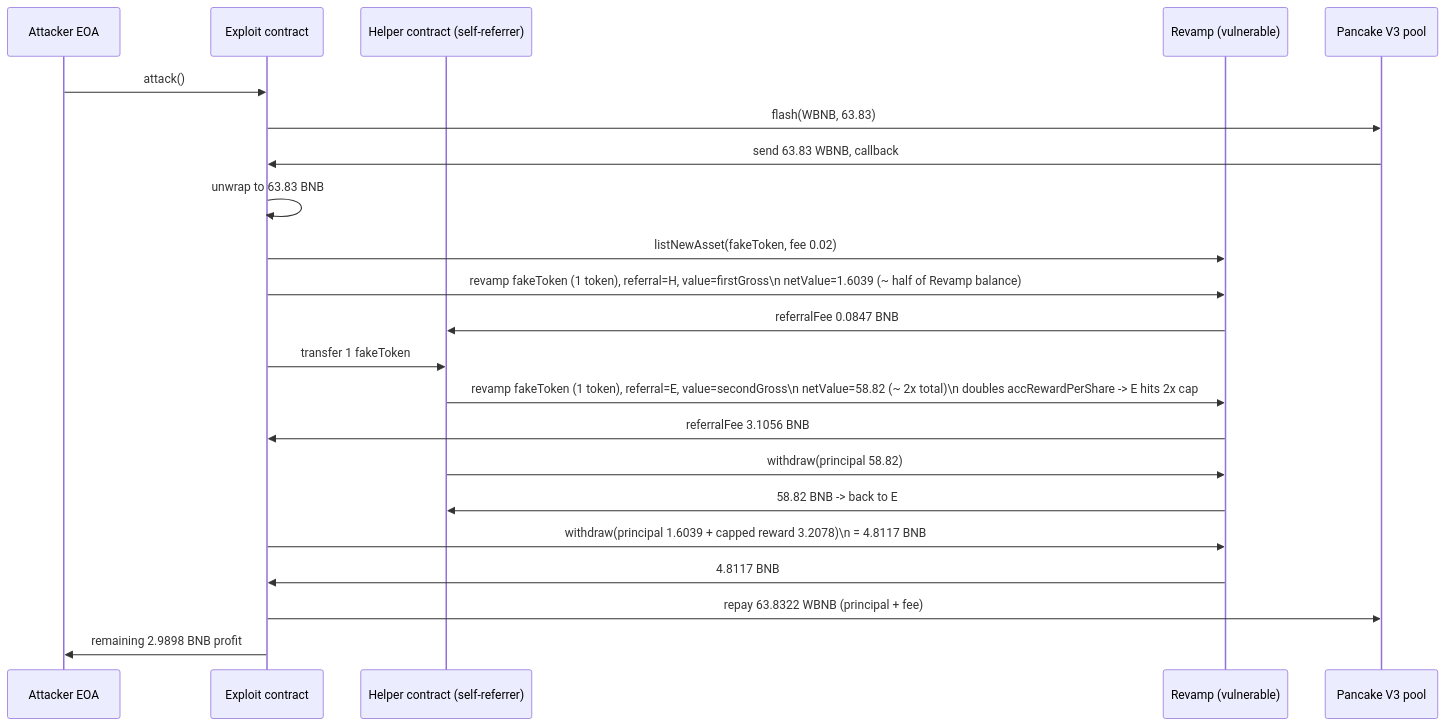
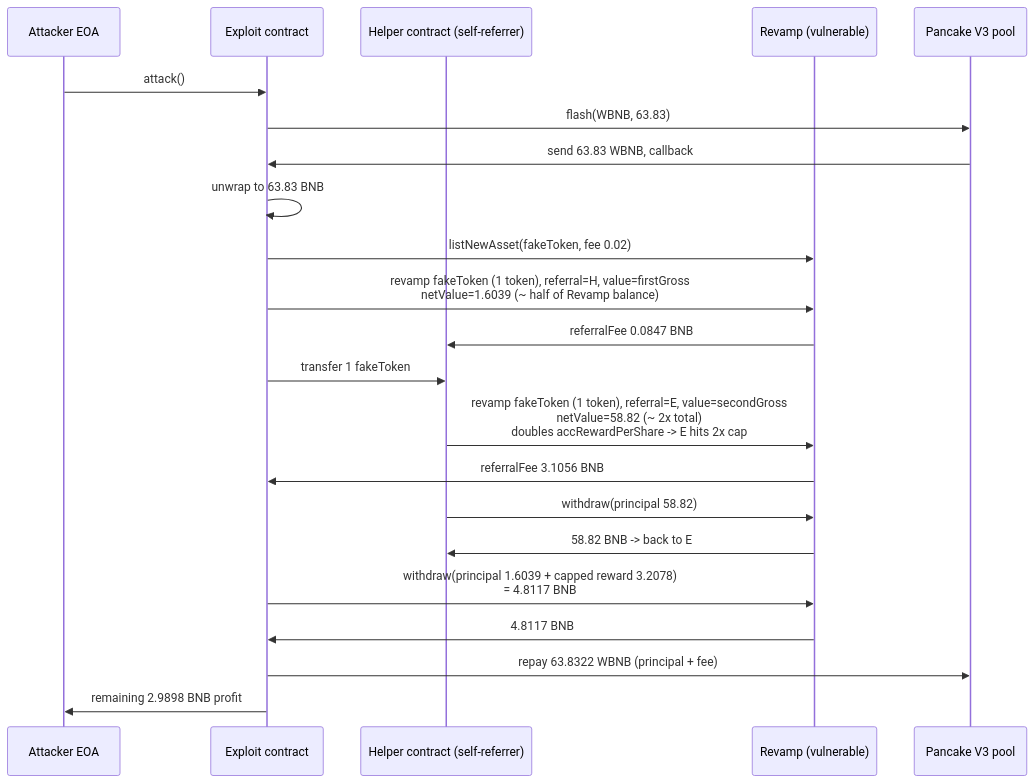
Before and after one commit to sanbir/evm-hack-registry: the first of 2 diagrams in 2026-03-Revamp_exp/Revamp_exp.md, drawn with Mermaid. The commit also changed other lines of this file and 280 other files, not shown here.

Commit message:
mermaid fixes

````diff
--- a/2026-03-Revamp_exp/Revamp_exp.md
+++ b/2026-03-Revamp_exp/Revamp_exp.md
@@ -175,25 +175,25 @@
 ```mermaid
 sequenceDiagram
     participant A as Attacker EOA
     participant E as Exploit contract
     participant H as Helper contract (self-referrer)
     participant R as Revamp (vulnerable)
     participant P as Pancake V3 pool
 
     A->>E: attack()
     E->>P: flash(WBNB, 63.83)
     P->>E: send 63.83 WBNB, callback
     E->>E: unwrap to 63.83 BNB
     E->>R: listNewAsset(fakeToken, fee 0.02)
-    E->>R: revamp fakeToken (1 token), referral=H, value=firstGross\n netValue=1.6039 (~ half of Revamp balance)
+    E->>R: revamp fakeToken (1 token), referral=H, value=firstGross<br/> netValue=1.6039 (~ half of Revamp balance)
     R->>H: referralFee 0.0847 BNB
     E->>H: transfer 1 fakeToken
-    H->>R: revamp fakeToken (1 token), referral=E, value=secondGross\n netValue=58.82 (~ 2x total)\n doubles accRewardPerShare -> E hits 2x cap
+    H->>R: revamp fakeToken (1 token), referral=E, value=secondGross<br/> netValue=58.82 (~ 2x total)<br/> doubles accRewardPerShare -> E hits 2x cap
     R->>E: referralFee 3.1056 BNB
     H->>R: withdraw(principal 58.82)
     R->>H: 58.82 BNB -> back to E
-    E->>R: withdraw(principal 1.6039 + capped reward 3.2078)\n = 4.8117 BNB
+    E->>R: withdraw(principal 1.6039 + capped reward 3.2078)<br/> = 4.8117 BNB
     R->>E: 4.8117 BNB
     E->>P: repay 63.8322 WBNB (principal + fee)
     E->>A: remaining 2.9898 BNB profit
 ```
````
